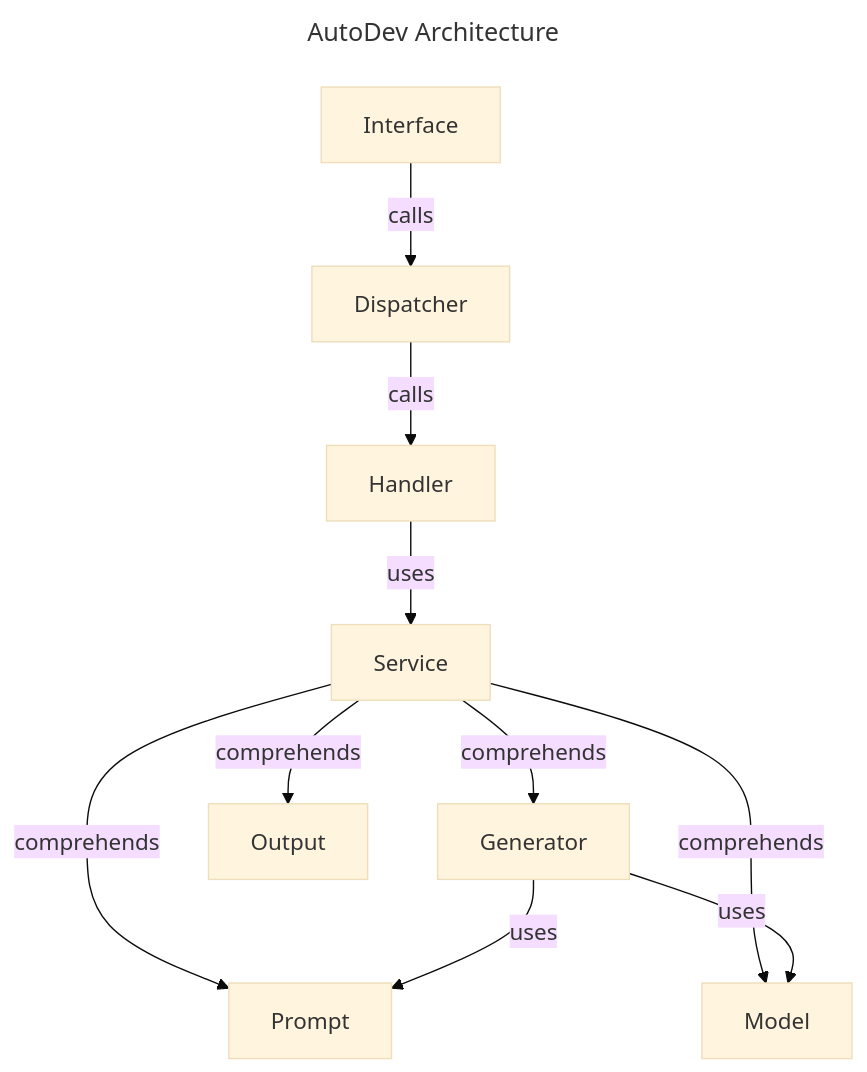
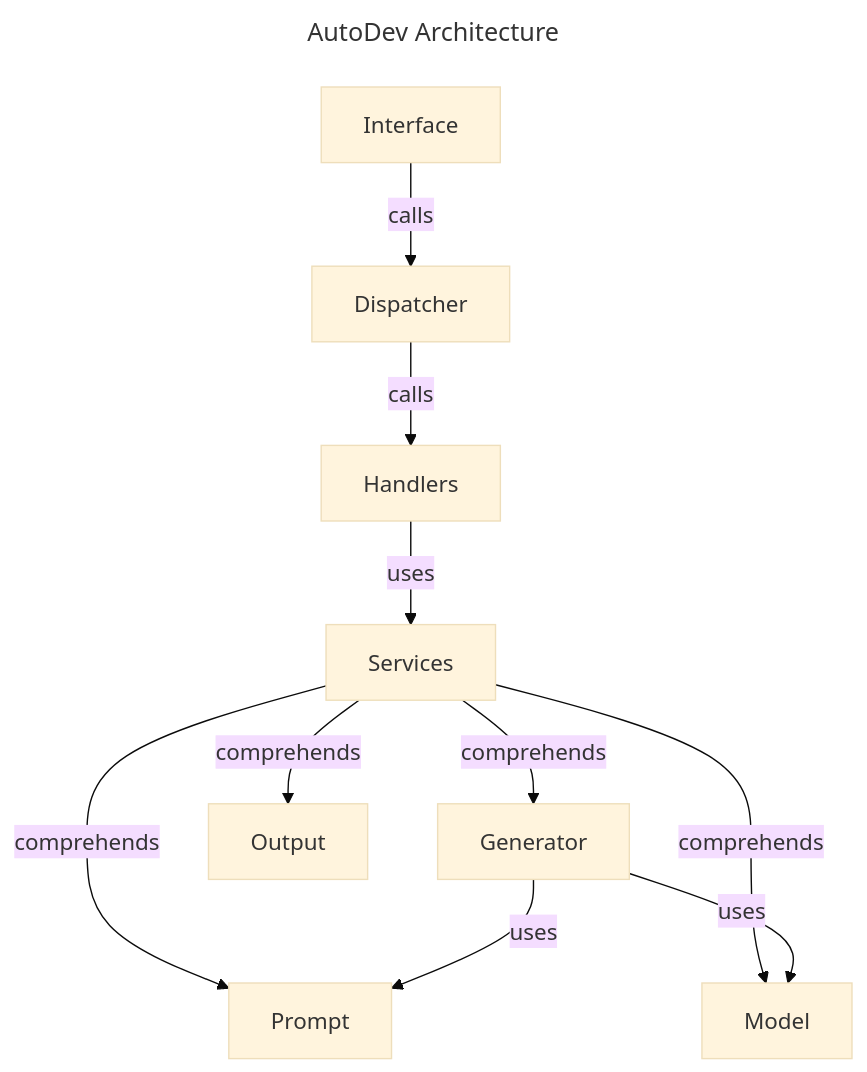
Before and after one commit to Oldranda1414/AutoDev: the diagram in docs/assets/src/architecture.mmd, drawn with Mermaid (base theme).

Commit message:
docs: minor graph fix

```diff
--- a/docs/assets/src/architecture.mmd
+++ b/docs/assets/src/architecture.mmd
@@ -1,13 +1,13 @@
 ---
 title: AutoDev Architecture
 ---
 flowchart TD
     Interface-->|calls|Dispatcher
-    Dispatcher-->|calls|Handler
-    Handler-->|uses|Service
-    Service-->|comprehends|Generator
-    Service-->|comprehends|Output
-    Service-->|comprehends|Prompt
-    Service-->|comprehends|Model
+    Dispatcher-->|calls|Handlers
+    Handlers-->|uses|Services
+    Services-->|comprehends|Generator
+    Services-->|comprehends|Output
+    Services-->|comprehends|Prompt
+    Services-->|comprehends|Model
     Generator-->|uses|Prompt
     Generator-->|uses|Model
```
